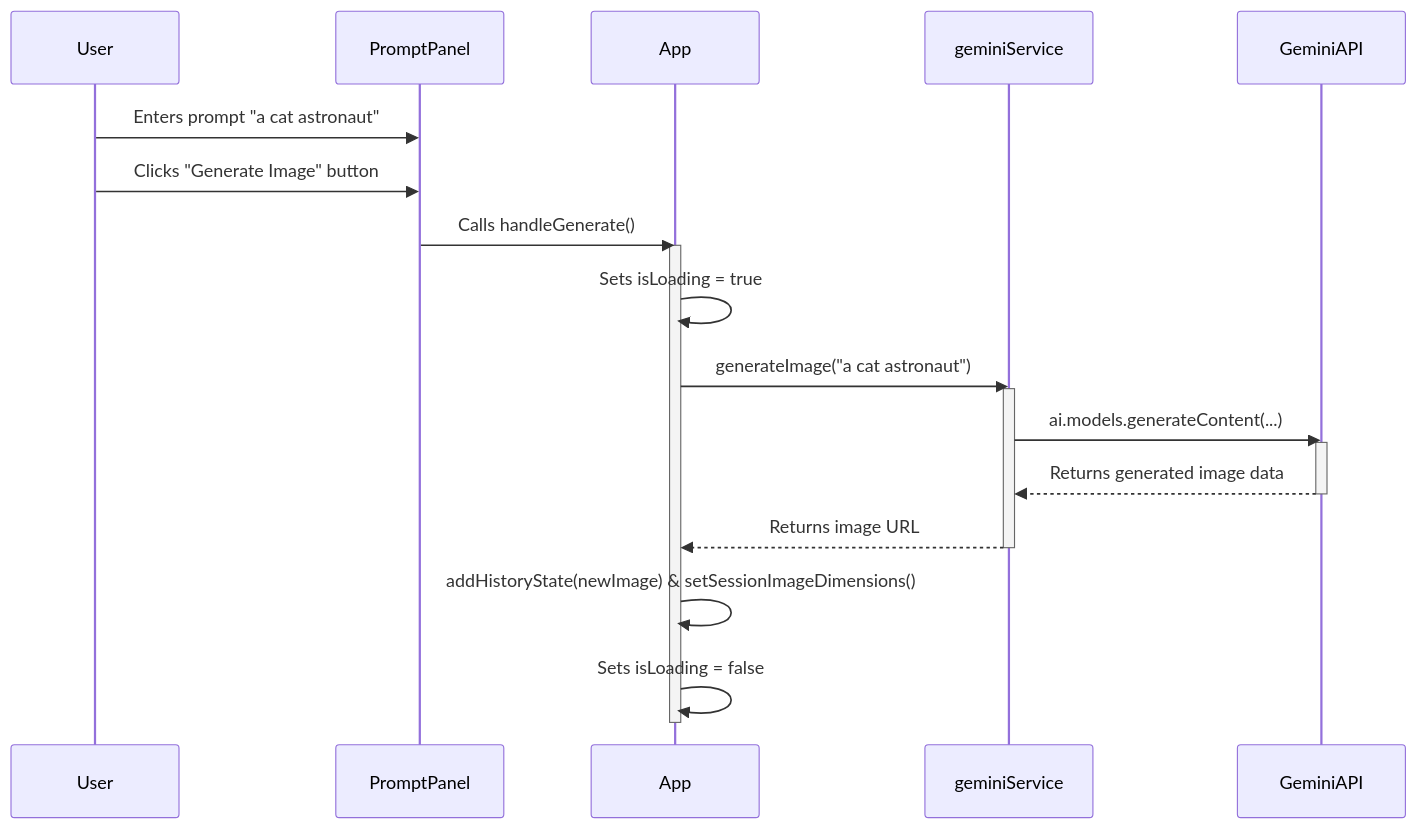
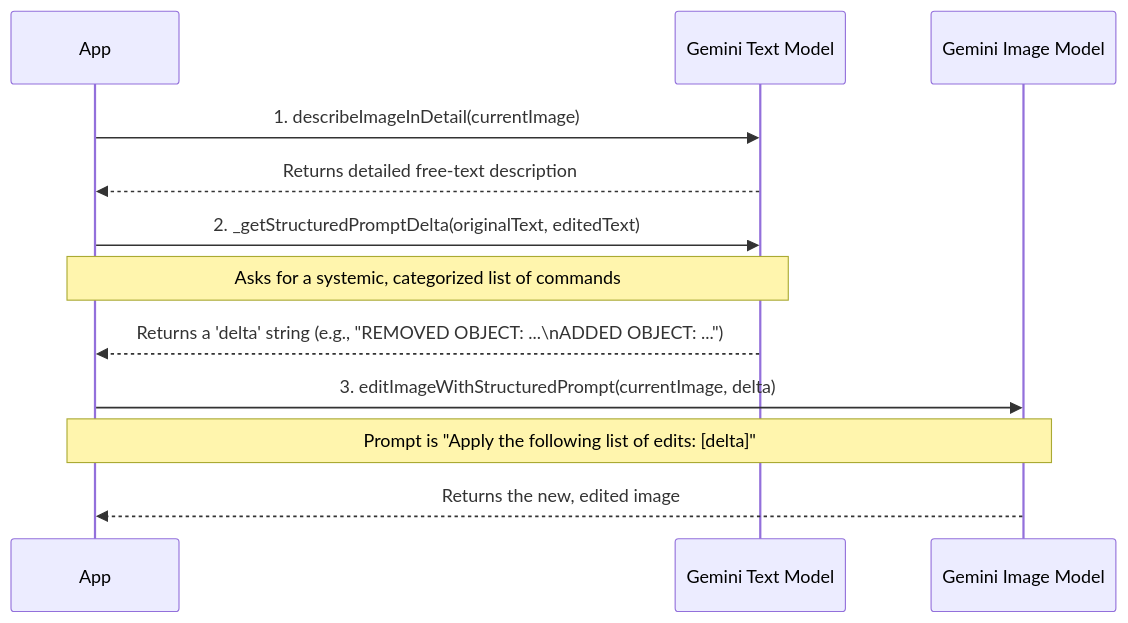
Before and after one commit to tydev-new/BananaPeel: the second of 5 diagrams in DESIGN.md, drawn with Mermaid. The commit also changed other lines of this file and 6 other files, not shown here.

````diff
--- a/DESIGN.md
+++ b/DESIGN.md
@@ -165,25 +121,17 @@
 ```mermaid
 sequenceDiagram
-    participant User
-    participant PromptPanel
     participant App
-    participant geminiService
-    participant GeminiAPI
+    participant Gemini Text Model
+    participant Gemini Image Model
 
-    User->>PromptPanel: Enters prompt "a cat astronaut"
-    User->>PromptPanel: Clicks "Generate Image" button
-    PromptPanel->>App: Calls handleGenerate()
-    activate App
-    App->>App: Sets isLoading = true
-    App->>geminiService: generateImage("a cat astronaut")
-    activate geminiService
-    geminiService->>GeminiAPI: ai.models.generateContent(...)
-    activate GeminiAPI
-    GeminiAPI-->>geminiService: Returns generated image data
-    deactivate GeminiAPI
-    geminiService-->>App: Returns image URL
-    deactivate geminiService
-    App->>App: addHistoryState(newImage) & setSessionImageDimensions()
-    App->>App: Sets isLoading = false
-    deactivate App
+    App->>Gemini Text Model: 1. describeImageInDetail(currentImage)
+    Gemini Text Model-->>App: Returns detailed free-text description
+    
+    App->>Gemini Text Model: 2. _getStructuredPromptDelta(originalText, editedText)
+    Note over App,Gemini Text Model: Asks for a systemic, categorized list of commands
+    Gemini Text Model-->>App: Returns a 'delta' string (e.g., "REMOVED OBJECT: ...\nADDED OBJECT: ...")
+
+    App->>Gemini Image Model: 3. editImageWithStructuredPrompt(currentImage, delta)
+    Note over App,Gemini Image Model: Prompt is "Apply the following list of edits: [delta]"
+    Gemini Image Model-->>App: Returns the new, edited image
 ```
````
